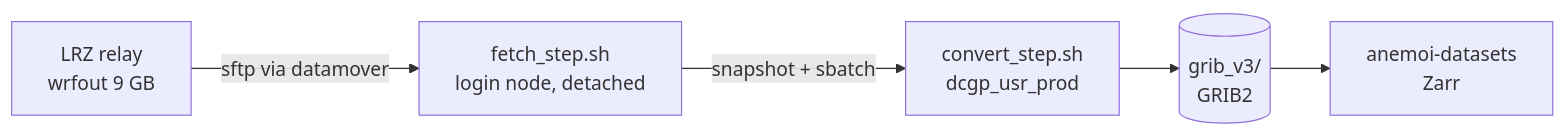
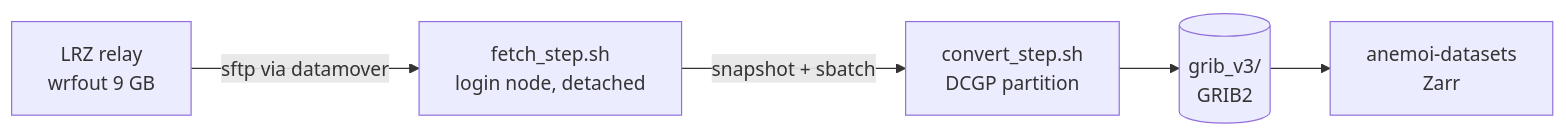
The diagram in README.md (meteocima/CHAPTER_LAM_AI), drawn with Mermaid before and after one commit. The commit also changed other lines of this file, not shown here.

````diff
--- a/README.md
+++ b/README.md
@@ -154,7 +151,7 @@
 ```mermaid
 flowchart LR
     A[LRZ relay<br/>wrfout 9 GB] -- sftp via datamover --> B[fetch_step.sh<br/>login node, detached]
-    B -- snapshot + sbatch --> C[convert_step.sh<br/>dcgp_usr_prod]
+    B -- snapshot + sbatch --> C[convert_step.sh<br/>DCGP partition]
     C --> D[(grib_v3/<br/>GRIB2)]
     D --> E[anemoi-datasets<br/>Zarr]
 ```
````
